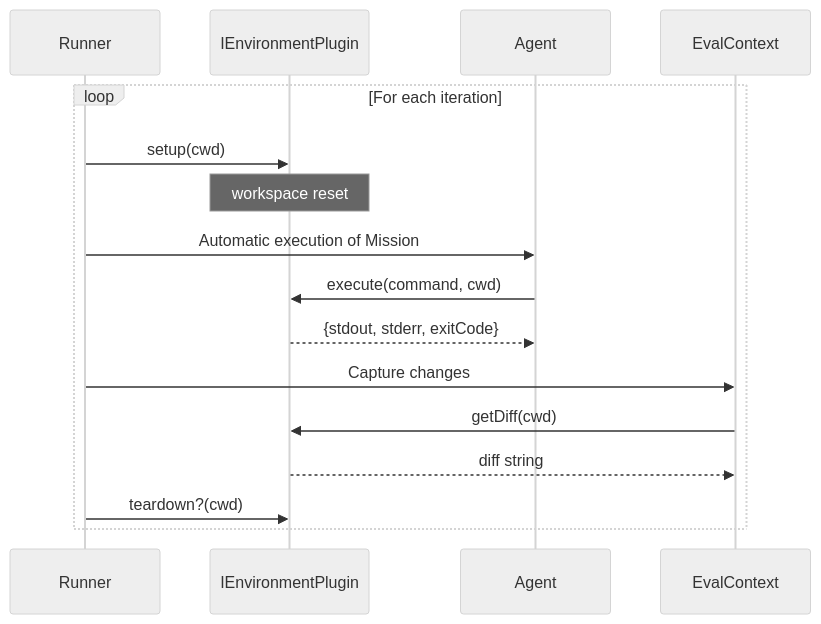
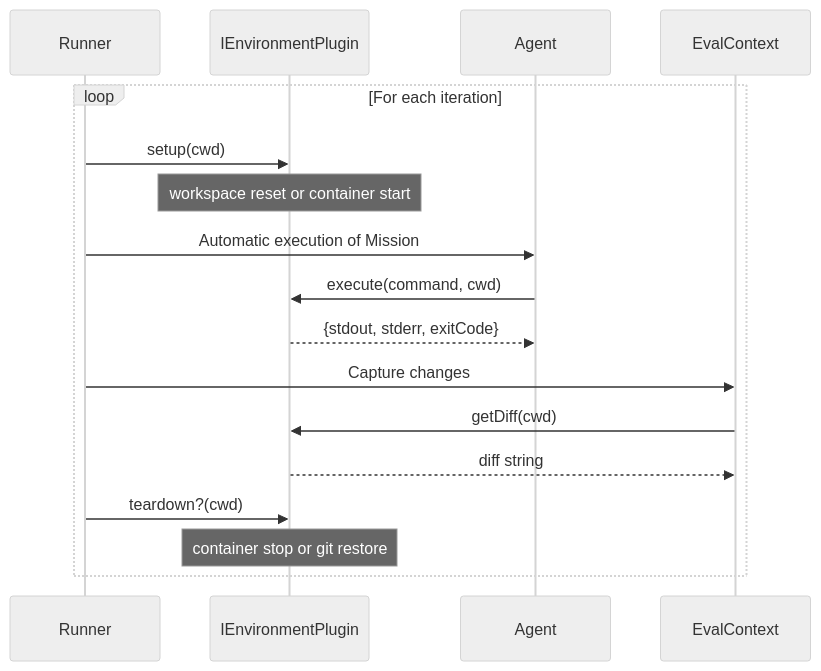
The diagram in apps/docs/guide/plugins-environments.md (Tlahey/agent-eval), drawn with Mermaid (neutral theme) before and after one commit. The commit also changed other lines of this file and 6 other files, not shown here.

````diff
--- a/apps/docs/guide/plugins-environments.md
+++ b/apps/docs/guide/plugins-environments.md
@@ -82,22 +122,23 @@
 ```mermaid
 sequenceDiagram
     participant R as Runner
     participant E as IEnvironmentPlugin
     participant A as Agent
     participant C as EvalContext
 
     loop For each iteration
         R->>E: setup(cwd)
-        Note over E: workspace reset
+        Note over E: workspace reset or container start
 
         R->>A: Automatic execution of Mission
         A->>E: execute(command, cwd)
         E-->>A: {stdout, stderr, exitCode}
 
         R->>C: Capture changes
         C->>E: getDiff(cwd)
         E-->>C: diff string
 
         R->>E: teardown?(cwd)
+        Note over E: container stop or git restore
     end
 ```
````
